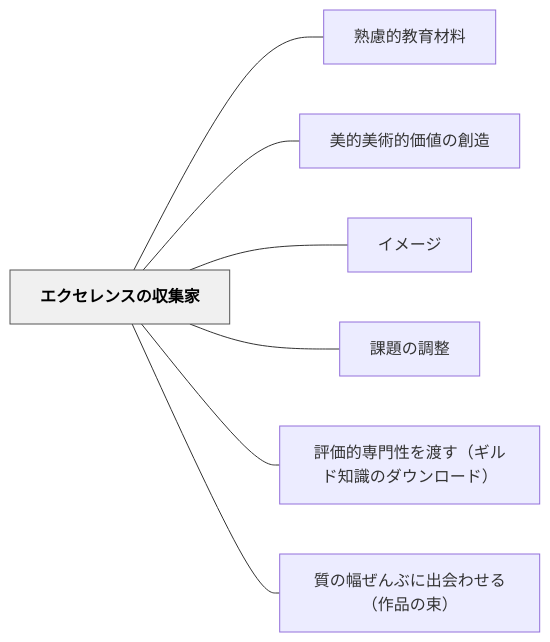
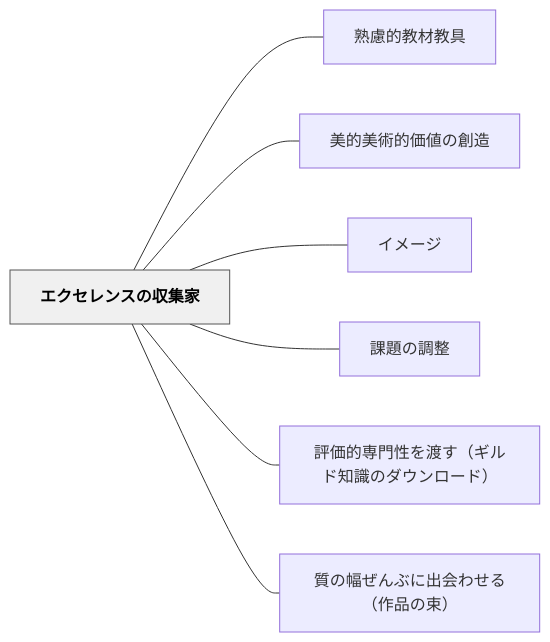
The diagram in content/パタン/エクセレンスの収集家.md (unknownthings-ed-patterns/unknownthings-ed-patterns), drawn with Mermaid before and after one commit. The commit also changed other lines of this file and 72 other files, not shown here.

````diff
--- a/content/パタン/エクセレンスの収集家.md
+++ b/content/パタン/エクセレンスの収集家.md
@@ -51,20 +51,20 @@
 ```mermaid
 flowchart LR
     ne382a8e382afe382bbe383ace383b3e382b9e381aee58f8ee99b86e5aeb6["エクセレンスの収集家"]
-    ne7869fe685aee79a84e69599e882b2e69d90e69699["熟慮的教育材料"]
+    ne7869fe685aee79a84e69599e69d90e69599e585b7["熟慮的教材教具"]
     ne7be8ee79a84e7be8ee8a193e79a84e4bea1e580a4e381aee589b5e980a0["美的美術的価値の創造"]
     ne382a4e383a1e383bce382b8["イメージ"]
     ne8aab2e9a18ce381aee8aabfe695b4["課題の調整"]
     ne8a995e4bea1e79a84e5b082e99680e680a7e38292e6b8a1e38199efbc88e382aee383abe38389e79fa5e8ad98e381aee38380e382a6e383b3e383ade383bce38389efbc89["評価的専門性を渡す（ギルド知識のダウンロード）"]
     ne8b3aae381aee5b985e3819ce38293e381b6e381abe587bae4bc9ae3828fe3819be3828befbc88e4bd9ce59381e381aee69d9fefbc89["質の幅ぜんぶに出会わせる（作品の束）"]
 
-    ne382a8e382afe382bbe383ace383b3e382b9e381aee58f8ee99b86e5aeb6 --- ne7869fe685aee79a84e69599e882b2e69d90e69699
+    ne382a8e382afe382bbe383ace383b3e382b9e381aee58f8ee99b86e5aeb6 --- ne7869fe685aee79a84e69599e69d90e69599e585b7
     ne382a8e382afe382bbe383ace383b3e382b9e381aee58f8ee99b86e5aeb6 --- ne7be8ee79a84e7be8ee8a193e79a84e4bea1e580a4e381aee589b5e980a0
     ne382a8e382afe382bbe383ace383b3e382b9e381aee58f8ee99b86e5aeb6 --- ne382a4e383a1e383bce382b8
     ne382a8e382afe382bbe383ace383b3e382b9e381aee58f8ee99b86e5aeb6 --- ne8aab2e9a18ce381aee8aabfe695b4
     ne382a8e382afe382bbe383ace383b3e382b9e381aee58f8ee99b86e5aeb6 --- ne8a995e4bea1e79a84e5b082e99680e680a7e38292e6b8a1e38199efbc88e382aee383abe38389e79fa5e8ad98e381aee38380e382a6e383b3e383ade383bce38389efbc89
     ne382a8e382afe382bbe383ace383b3e382b9e381aee58f8ee99b86e5aeb6 --- ne8b3aae381aee5b985e3819ce38293e381b6e381abe587bae4bc9ae3828fe3819be3828befbc88e4bd9ce59381e381aee69d9fefbc89
 
     classDef hub fill:#f0f0f0,stroke:#555,color:#000,font-weight:bold
     class ne382a8e382afe382bbe383ace383b3e382b9e381aee58f8ee99b86e5aeb6 hub
 ```
````
